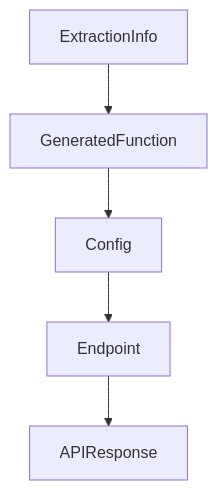
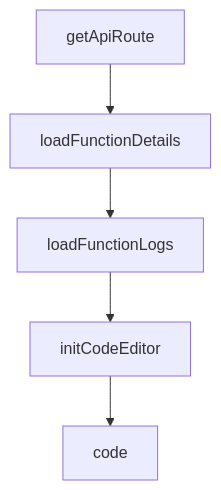
One commit to johnxie/awesome-code-docs changed the diagram in tutorials/babyagi-tutorial/07-babyagi-evolution-2o-and-functionz-framework.md. Above: the diagram before and after it, drawn with Mermaid. The commit also changed other lines of this file and 1232 other files, not shown here.

````diff
--- a/tutorials/babyagi-tutorial/07-babyagi-evolution-2o-and-functionz-framework.md
+++ b/tutorials/babyagi-tutorial/07-babyagi-evolution-2o-and-functionz-framework.md
@@ -214,12 +212,12 @@
 ```mermaid
 flowchart TD
-    A[ExtractionInfo]
-    B[GeneratedFunction]
-    C[Config]
-    D[Endpoint]
-    E[APIResponse]
+    A[getApiRoute]
+    B[loadFunctionDetails]
+    C[loadFunctionLogs]
+    D[initCodeEditor]
+    E[code]
     A --> B
     B --> C
     C --> D
     D --> E
 ```
````
